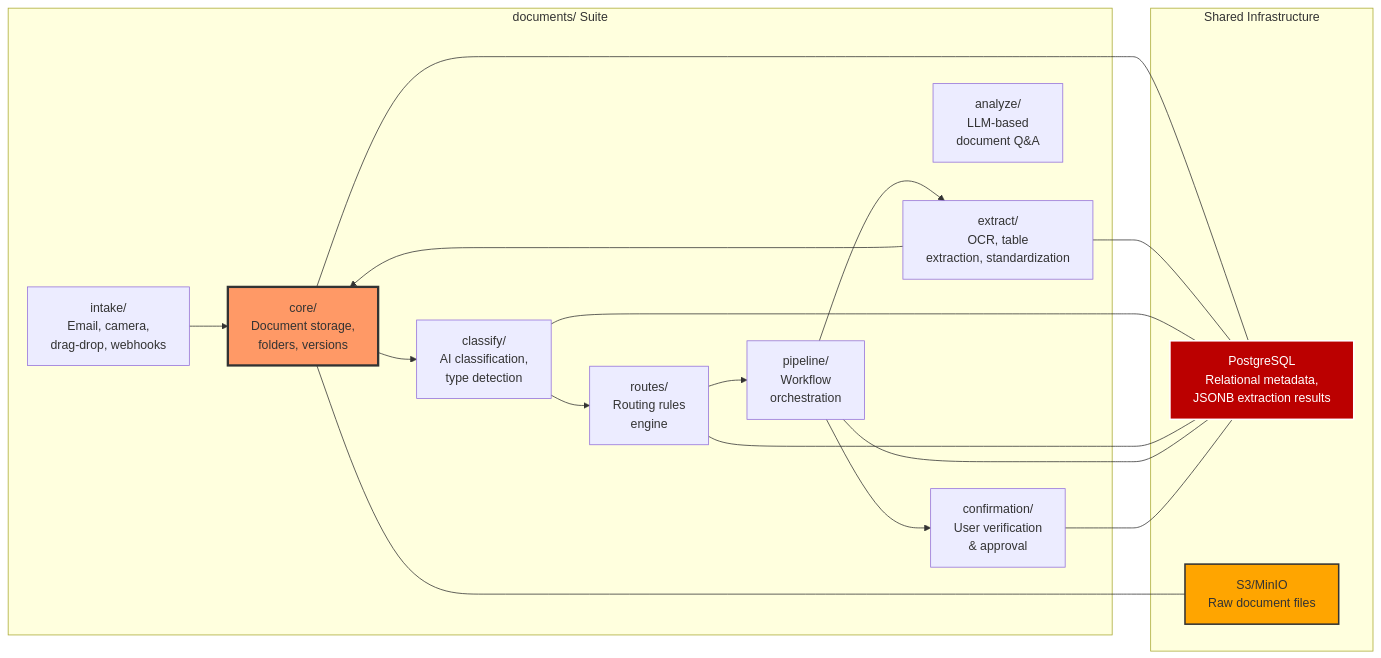
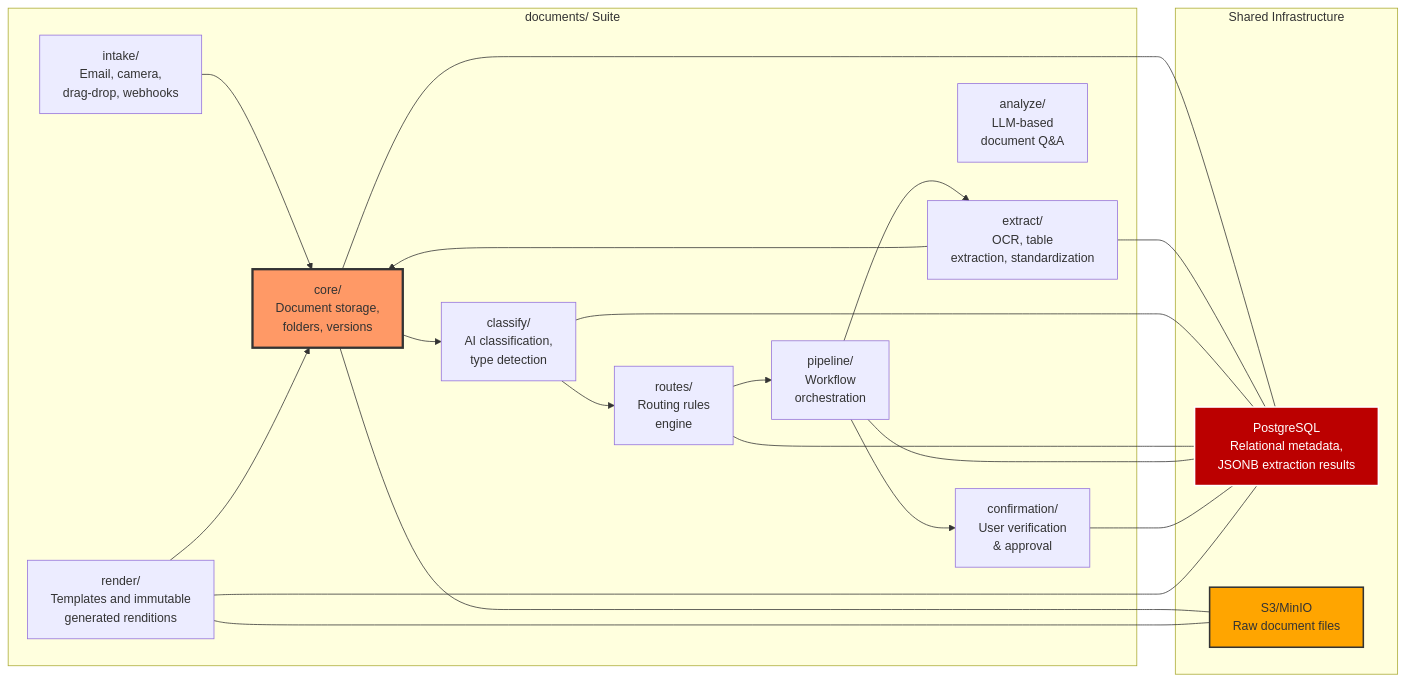
The first of 5 diagrams in openapi/documents/DESIGN.md (microscaler/rerp), drawn with Mermaid before and after one commit. The commit also changed other lines of this file and 1719 other files, not shown here.

````diff
--- a/openapi/documents/DESIGN.md
+++ b/openapi/documents/DESIGN.md
@@ -13,57 +13,63 @@
 ```mermaid
 graph LR
     subgraph documents_suite["documents/ Suite"]
         core["core/
         Document storage,
         folders, versions"]
         intake["intake/
         Email, camera,
         drag-drop, webhooks"]
         extract["extract/
         OCR, table
         extraction, standardization"]
         classify["classify/
         AI classification,
         type detection"]
         analyze["analyze/
         LLM-based
         document Q&A"]
         routes["routes/
         Routing rules
         engine"]
         pipeline["pipeline/
         Workflow
         orchestration"]
         confirmation["confirmation/
         User verification
         & approval"]
+        render["render/
+        Templates and immutable
+        generated renditions"]
     end
 
     intake --> core
     pipeline --> extract
     extract --> core
     core --> classify
     classify --> routes
     routes --> pipeline
     pipeline --> confirmation
+    render --> core
 
     subgraph shared_infra["Shared Infrastructure"]
         postgres["PostgreSQL
         Relational metadata,
         JSONB extraction results"]
         s3["S3/MinIO
         Raw document files"]
     end
 
     core --- postgres
     core --- s3
     extract --- postgres
     classify --- postgres
     routes --- postgres
     pipeline --- postgres
     confirmation --- postgres
+    render --- postgres
+    render --- s3
 
     style core fill:#f96,stroke:#333,stroke-width:3px
     style postgres fill:#b00,stroke:#fff,stroke-width:2px,color:#fff
     style s3 fill:#ffa500,stroke:#333,stroke-width:2px
 ```
````
